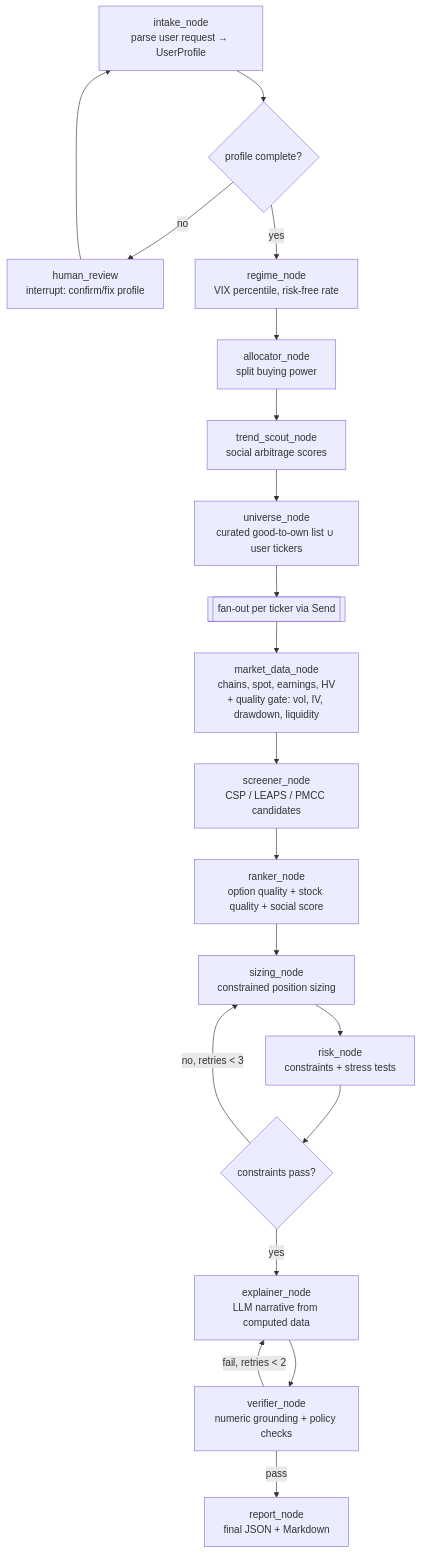
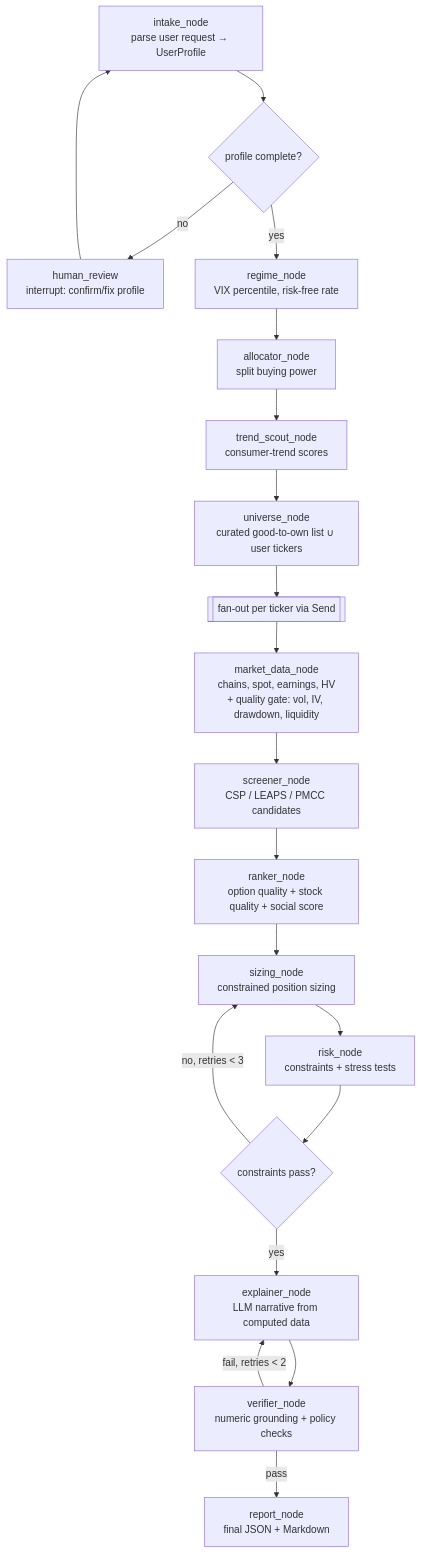
The diagram in README.md (SachiK0thari/options-scout-ai), drawn with Mermaid before and after one commit. The commit also changed other lines of this file and 19 other files, not shown here.

````diff
--- a/README.md
+++ b/README.md
@@ -33,22 +35,22 @@
 ```mermaid
 flowchart TD
     A[intake_node<br/>parse user request → UserProfile] --> B{profile complete?}
     B -- no --> H[human_review<br/>interrupt: confirm/fix profile]
     H --> A
     B -- yes --> C[regime_node<br/>VIX percentile, risk-free rate]
     C --> D[allocator_node<br/>split buying power]
-    D --> E[trend_scout_node<br/>social arbitrage scores]
+    D --> E[trend_scout_node<br/>consumer-trend scores]
     E --> F[universe_node<br/>curated good-to-own list ∪ user tickers]
     F --> G[[fan-out per ticker via Send]]
     G --> I[market_data_node<br/>chains, spot, earnings, HV<br/>+ quality gate: vol, IV, drawdown, liquidity]
     I --> J[screener_node<br/>CSP / LEAPS / PMCC candidates]
     J --> K[ranker_node<br/>option quality + stock quality + social score]
     K --> L[sizing_node<br/>constrained position sizing]
     L --> M[risk_node<br/>constraints + stress tests]
     M --> N{constraints pass?}
     N -- no, retries < 3 --> L
     N -- yes --> O[explainer_node<br/>LLM narrative from computed data]
     O --> P[verifier_node<br/>numeric grounding + policy checks]
     P -- fail, retries < 2 --> O
     P -- pass --> Q[report_node<br/>final JSON + Markdown]
 ```
````
